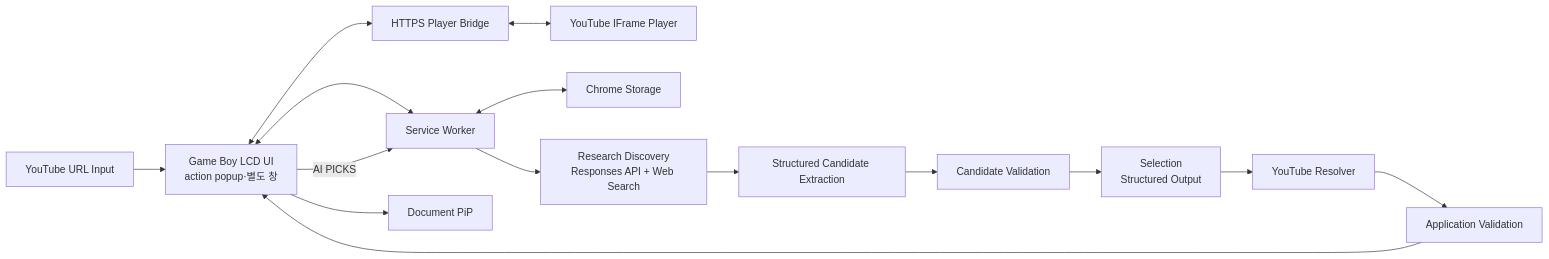
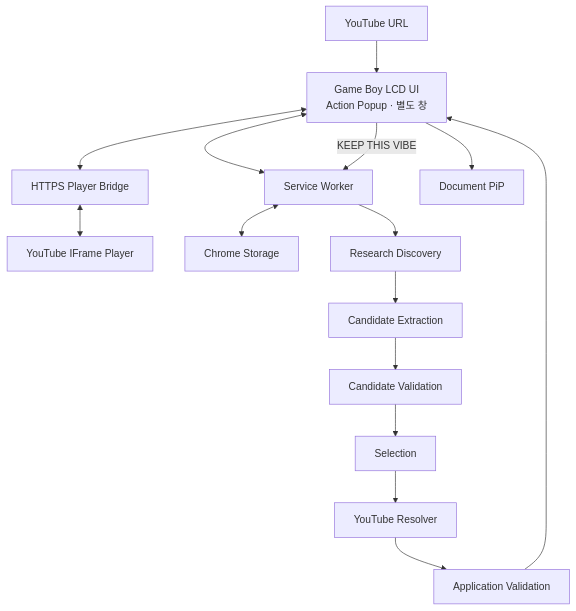
One commit to seoheejung/pixel-jukebox changed the diagram in .project/plan.md. Above: the diagram before and after it, drawn with Mermaid. The commit also changed other lines of this file, not shown here.

````diff
--- a/.project/plan.md
+++ b/.project/plan.md
@@ -199,33 +128,33 @@
 ```mermaid
-flowchart LR
-    Input["YouTube URL Input"]
-    Panel["Game Boy LCD UI<br/>action popup·별도 창"]
+flowchart TD
+    Input["YouTube URL"]
+    UI["Game Boy LCD UI<br/>Action Popup · 별도 창"]
     Bridge["HTTPS Player Bridge"]
     YT["YouTube IFrame Player"]
     Worker["Service Worker"]
     Storage["Chrome Storage"]
     PiP["Document PiP"]
 
-    Discovery["Research Discovery<br/>Responses API + Web Search"]
-    Extraction["Structured Candidate Extraction"]
-    Parser["Candidate Validation"]
-    Selection["Selection<br/>Structured Output"]
+    Discovery["Research Discovery"]
+    Extraction["Candidate Extraction"]
+    Candidate["Candidate Validation"]
+    Selection["Selection"]
     Resolver["YouTube Resolver"]
     Validation["Application Validation"]
 
-    Input --> Panel
-    Panel <--> Bridge
+    Input --> UI
+    UI <--> Bridge
     Bridge <--> YT
-    Panel <--> Worker
+    UI <--> Worker
     Worker <--> Storage
-    Panel --> PiP
+    UI --> PiP
 
-    Panel -->|"AI PICKS"| Worker
+    UI -->|"KEEP THIS VIBE"| Worker
     Worker --> Discovery
     Discovery --> Extraction
-    Extraction --> Parser
-    Parser --> Selection
+    Extraction --> Candidate
+    Candidate --> Selection
     Selection --> Resolver
     Resolver --> Validation
-    Validation --> Panel
+    Validation --> UI
 ```
````
